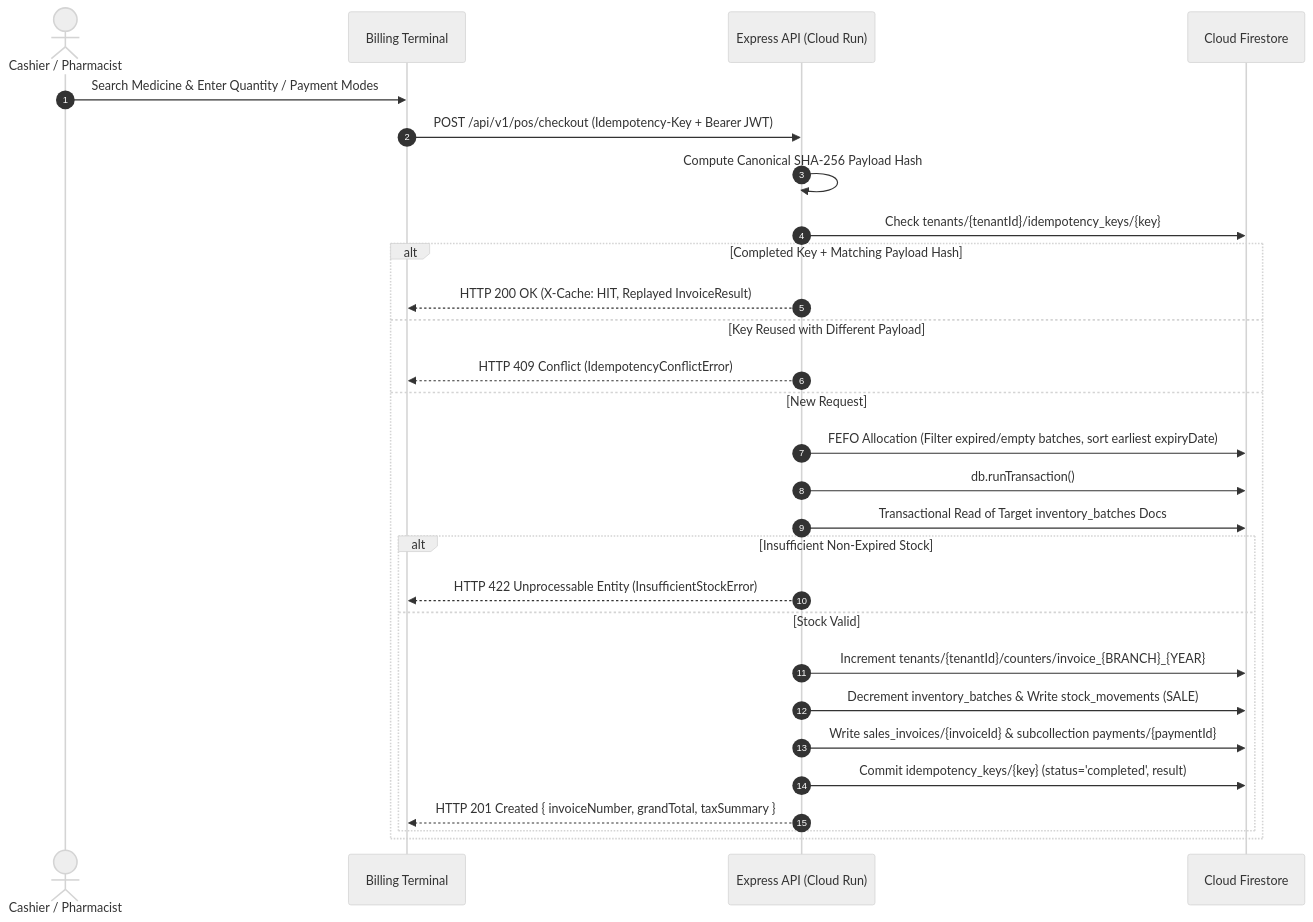
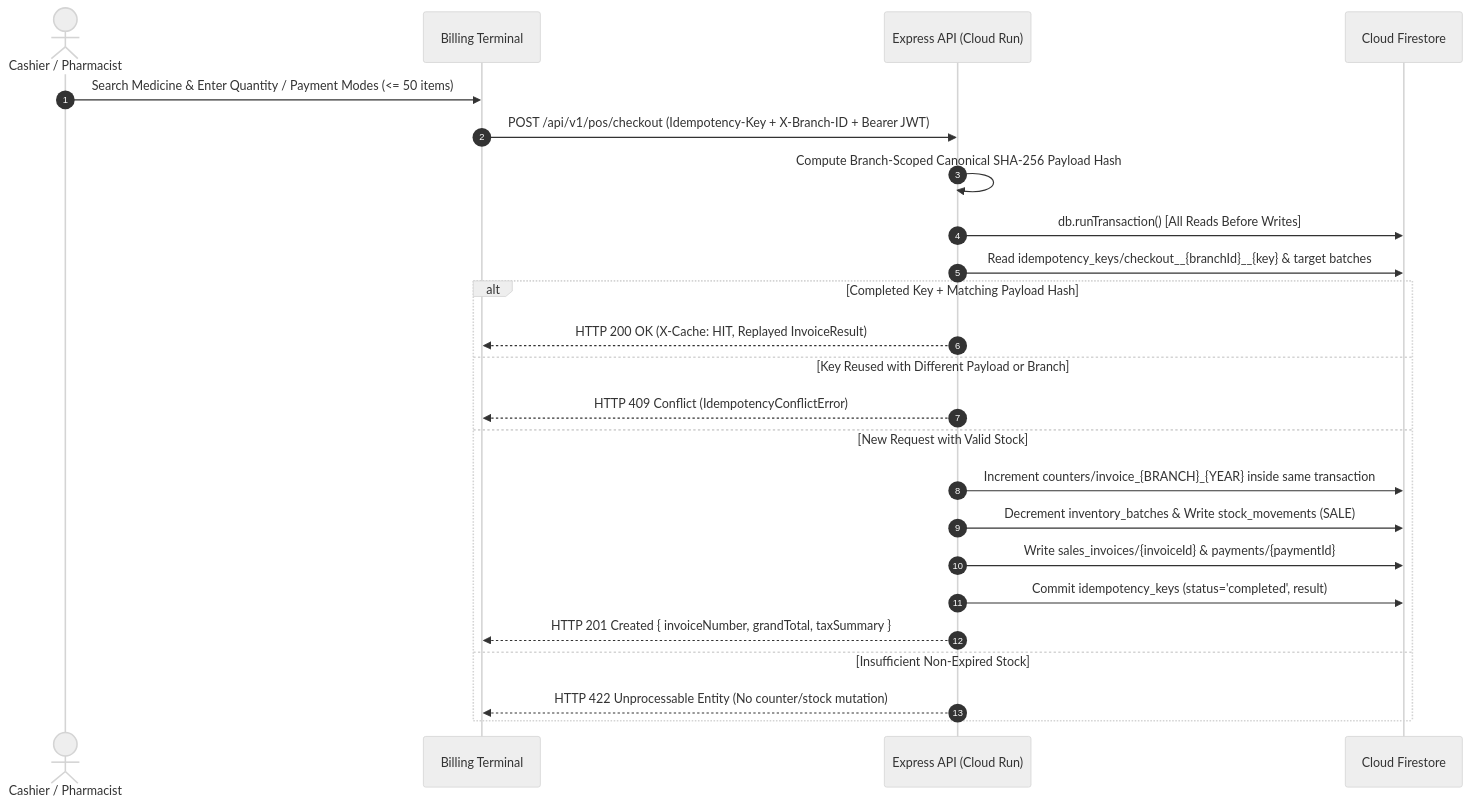
The fourth of 4 diagrams in docs/business-workflows.md (dhandesaurav37/pharmadesk), drawn with Mermaid (neutral theme) before and after one commit. The commit also changed other lines of this file and 70 other files, not shown here.

````diff
--- a/docs/business-workflows.md
+++ b/docs/business-workflows.md
@@ -100,31 +99,27 @@
 ```mermaid
 sequenceDiagram
     autonumber
     actor Cashier as Cashier / Pharmacist
     participant POS as Billing Terminal
     participant API as Express API (Cloud Run)
     participant FS as Cloud Firestore
 
-    Cashier->>POS: Search Medicine & Enter Quantity / Payment Modes
-    POS->>API: POST /api/v1/pos/checkout (Idempotency-Key + Bearer JWT)
-    API->>API: Compute Canonical SHA-256 Payload Hash
-    API->>FS: Check tenants/{tenantId}/idempotency_keys/{key}
+    Cashier->>POS: Search Medicine & Enter Quantity / Payment Modes (<= 50 items)
+    POS->>API: POST /api/v1/pos/checkout (Idempotency-Key + X-Branch-ID + Bearer JWT)
+    API->>API: Compute Branch-Scoped Canonical SHA-256 Payload Hash
+    API->>FS: db.runTransaction() [All Reads Before Writes]
+    API->>FS: Read idempotency_keys/checkout__{branchId}__{key} & target batches
     alt Completed Key + Matching Payload Hash
         API-->>POS: HTTP 200 OK (X-Cache: HIT, Replayed InvoiceResult)
-    else Key Reused with Different Payload
+    else Key Reused with Different Payload or Branch
         API-->>POS: HTTP 409 Conflict (IdempotencyConflictError)
-    else New Request
-        API->>FS: FEFO Allocation (Filter expired/empty batches, sort earliest expiryDate)
-        API->>FS: db.runTransaction()
-        API->>FS: Transactional Read of Target inventory_batches Docs
-        alt Insufficient Non-Expired Stock
-            API-->>POS: HTTP 422 Unprocessable Entity (InsufficientStockError)
-        else Stock Valid
-            API->>FS: Increment tenants/{tenantId}/counters/invoice_{BRANCH}_{YEAR}
-            API->>FS: Decrement inventory_batches & Write stock_movements (SALE)
-            API->>FS: Write sales_invoices/{invoiceId} & subcollection payments/{paymentId}
-            API->>FS: Commit idempotency_keys/{key} (status='completed', result)
-            API-->>POS: HTTP 201 Created { invoiceNumber, grandTotal, taxSummary }
-        end
+    else New Request with Valid Stock
+        API->>FS: Increment counters/invoice_{BRANCH}_{YEAR} inside same transaction
+        API->>FS: Decrement inventory_batches & Write stock_movements (SALE)
+        API->>FS: Write sales_invoices/{invoiceId} & payments/{paymentId}
+        API->>FS: Commit idempotency_keys (status='completed', result)
+        API-->>POS: HTTP 201 Created { invoiceNumber, grandTotal, taxSummary }
+    else Insufficient Non-Expired Stock
+        API-->>POS: HTTP 422 Unprocessable Entity (No counter/stock mutation)
     end
 ```
````
